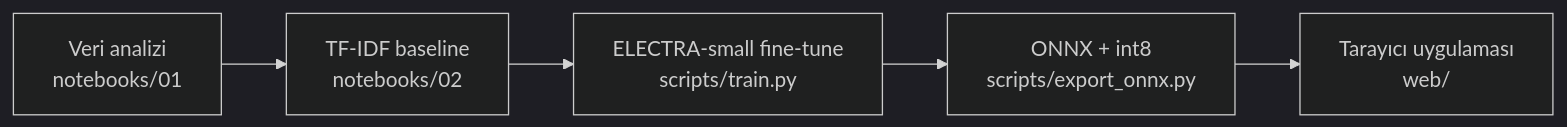
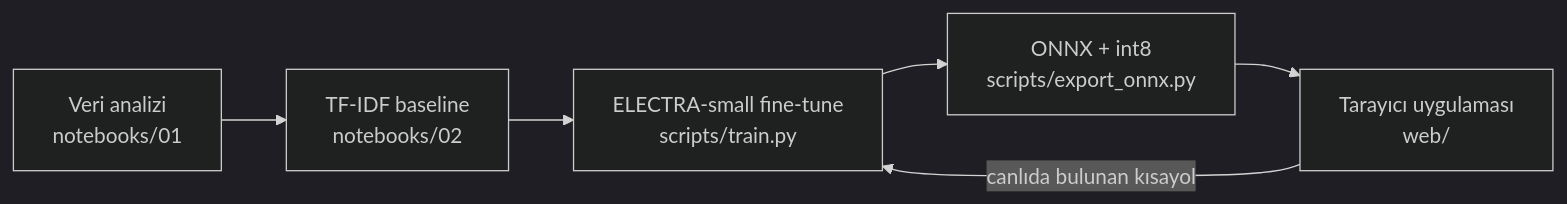
The diagram in README.md (ayse-solmaz/turkish-sentiment-analysis), drawn with Mermaid (dark theme) before and after one commit. The commit also changed other lines of this file and 1 other file, not shown here.

````diff
--- a/README.md
+++ b/README.md
@@ -11,7 +11,8 @@
 ```mermaid
 flowchart LR
     A[Veri analizi<br/>notebooks/01] --> B[TF-IDF baseline<br/>notebooks/02]
     B --> C[ELECTRA-small fine-tune<br/>scripts/train.py]
     C --> D[ONNX + int8<br/>scripts/export_onnx.py]
     D --> E[Tarayıcı uygulaması<br/>web/]
+    E -- canlıda bulunan kısayol --> C
 ```
````
